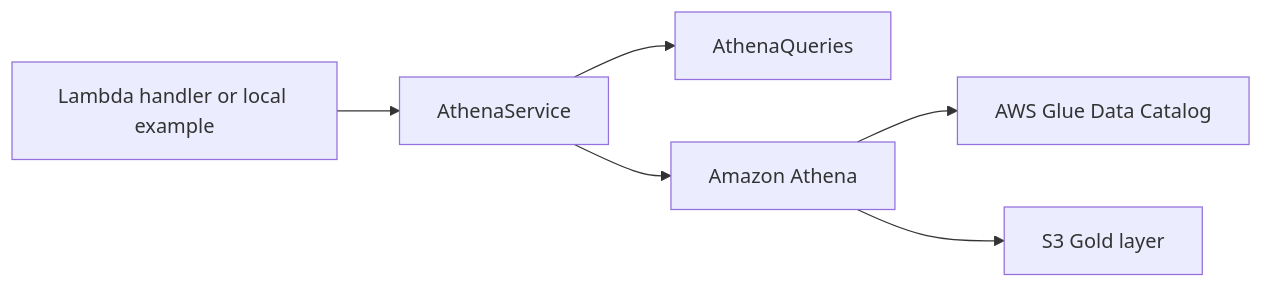
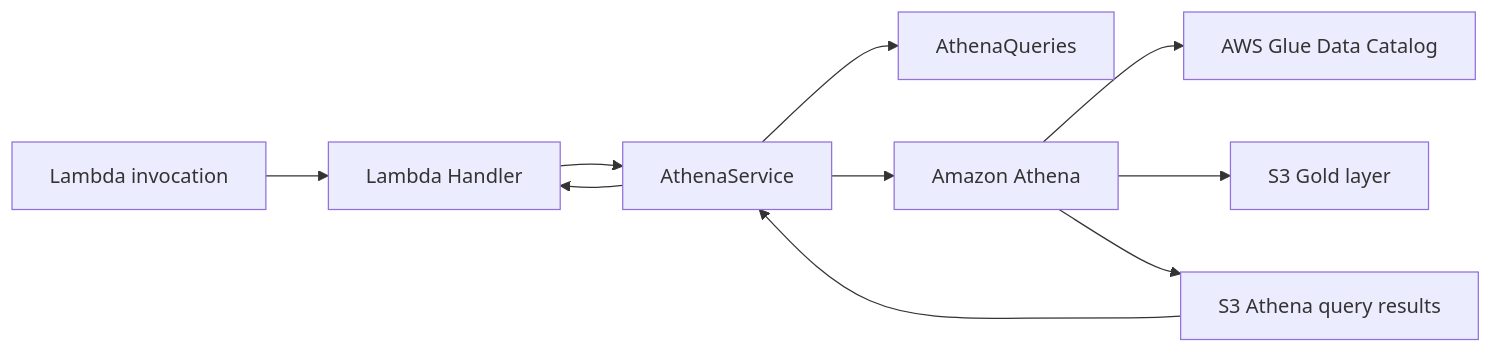
The diagram in docs/analytics-api.md (Yhodiux/aws-retail-data-platform), drawn with Mermaid before and after one commit. The commit also changed other lines of this file and 4 other files, not shown here.

````diff
--- a/docs/analytics-api.md
+++ b/docs/analytics-api.md
@@ -38,15 +43,21 @@
 ```mermaid
 flowchart LR
-    Consumer[Lambda handler or local example]
+    Consumer[Lambda invocation]
+    Handler[Lambda Handler]
     Service[AthenaService]
     Repository[AthenaQueries]
     Athena[Amazon Athena]
     Catalog[AWS Glue Data Catalog]
     Gold[S3 Gold layer]
+    Results[S3 Athena query results]
 
-    Consumer --> Service
+    Consumer --> Handler
+    Handler --> Service
     Service --> Repository
     Service --> Athena
     Athena --> Catalog
     Athena --> Gold
+    Athena --> Results
+    Results --> Service
+    Service --> Handler
 ```
````
